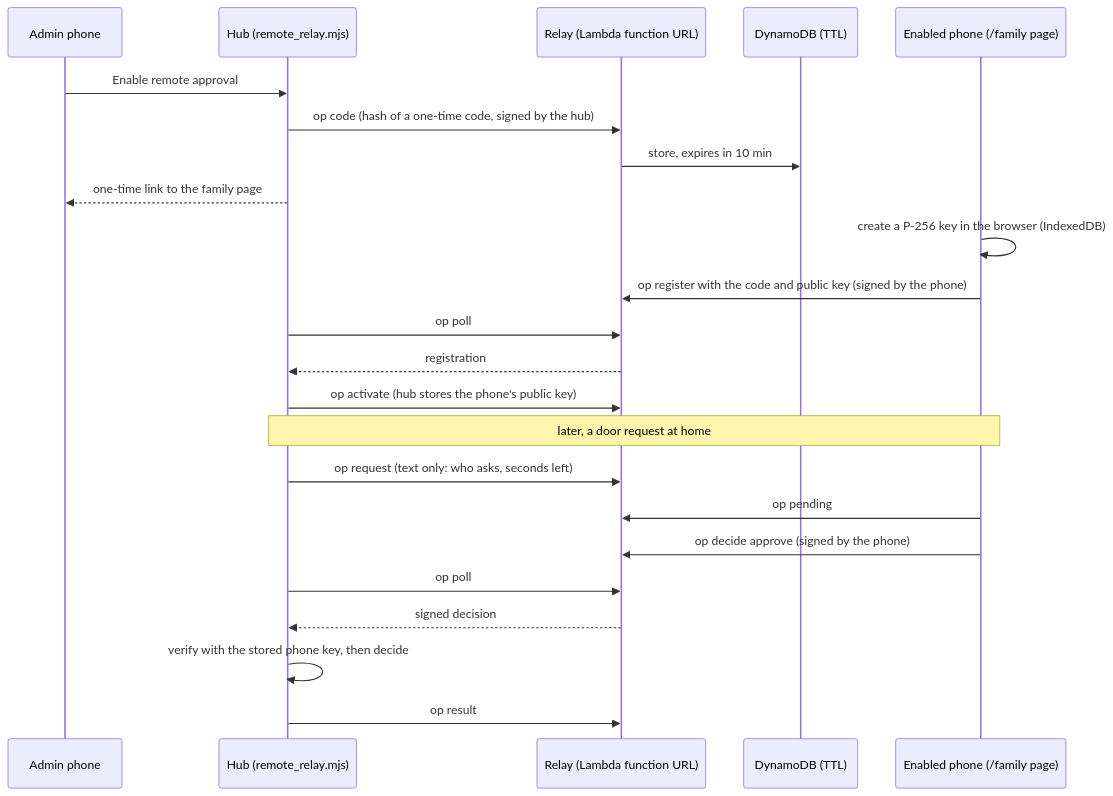
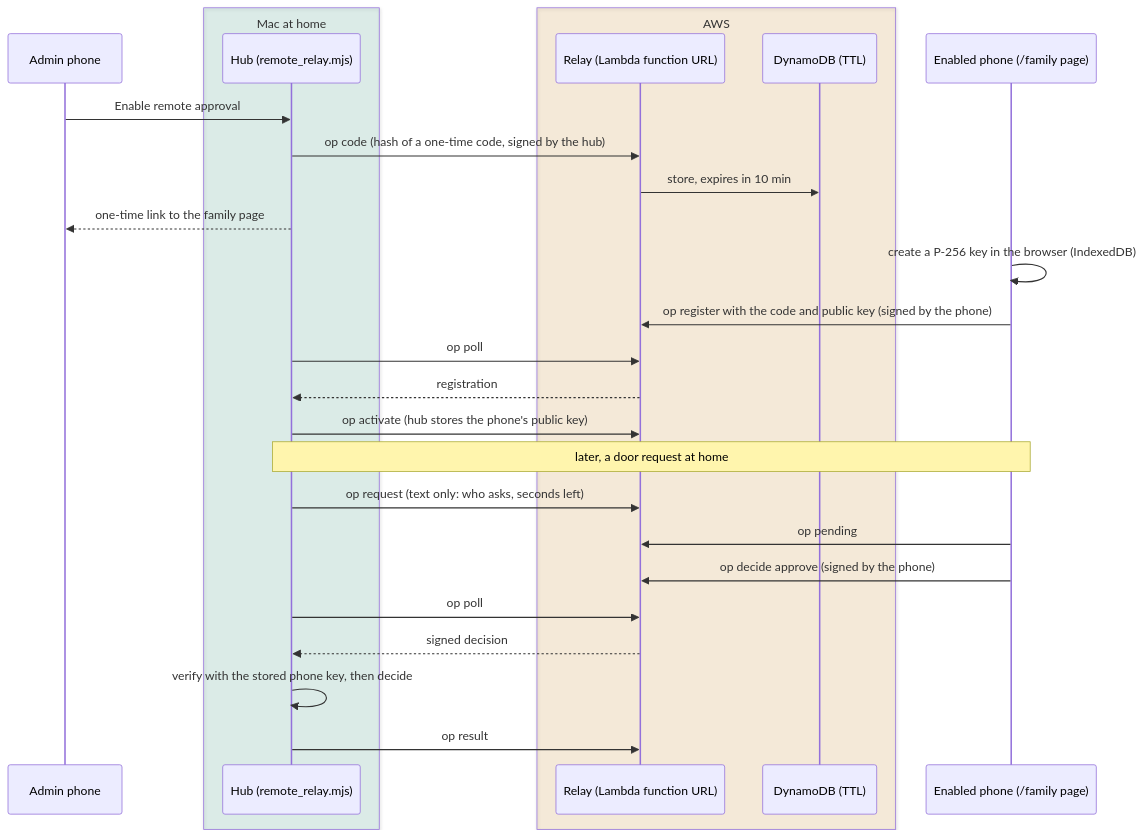
The third of 5 diagrams in docs/ARCHITECTURE.md (jiarong0423/ring-home-mcp-hub), drawn with Mermaid before and after one commit. The commit also changed other lines of this file and 6 other files, not shown here.

````diff
--- a/docs/ARCHITECTURE.md
+++ b/docs/ARCHITECTURE.md
@@ -86,25 +106,29 @@
 ```mermaid
 sequenceDiagram
   participant AP as Admin phone
-  participant H as Hub (remote_relay.mjs)
-  participant F as Relay (Lambda function URL)
-  participant T as DynamoDB (TTL)
+  box rgba(31,158,120,0.12) Mac at home
+    participant H as Hub (remote_relay.mjs)
+  end
+  box rgba(230,138,0,0.12) AWS
+    participant F as Relay (Lambda function URL)
+    participant T as DynamoDB (TTL)
+  end
   participant FP as Enabled phone (/family page)
   AP->>H: Enable remote approval
   H->>F: op code (hash of a one-time code, signed by the hub)
   F->>T: store, expires in 10 min
   H-->>AP: one-time link to the family page
   FP->>FP: create a P-256 key in the browser (IndexedDB)
   FP->>F: op register with the code and public key (signed by the phone)
   H->>F: op poll
   F-->>H: registration
   H->>F: op activate (hub stores the phone's public key)
   Note over H,FP: later, a door request at home
   H->>F: op request (text only: who asks, seconds left)
   FP->>F: op pending
   FP->>F: op decide approve (signed by the phone)
   H->>F: op poll
   F-->>H: signed decision
   H->>H: verify with the stored phone key, then decide
   H->>F: op result
 ```
````
